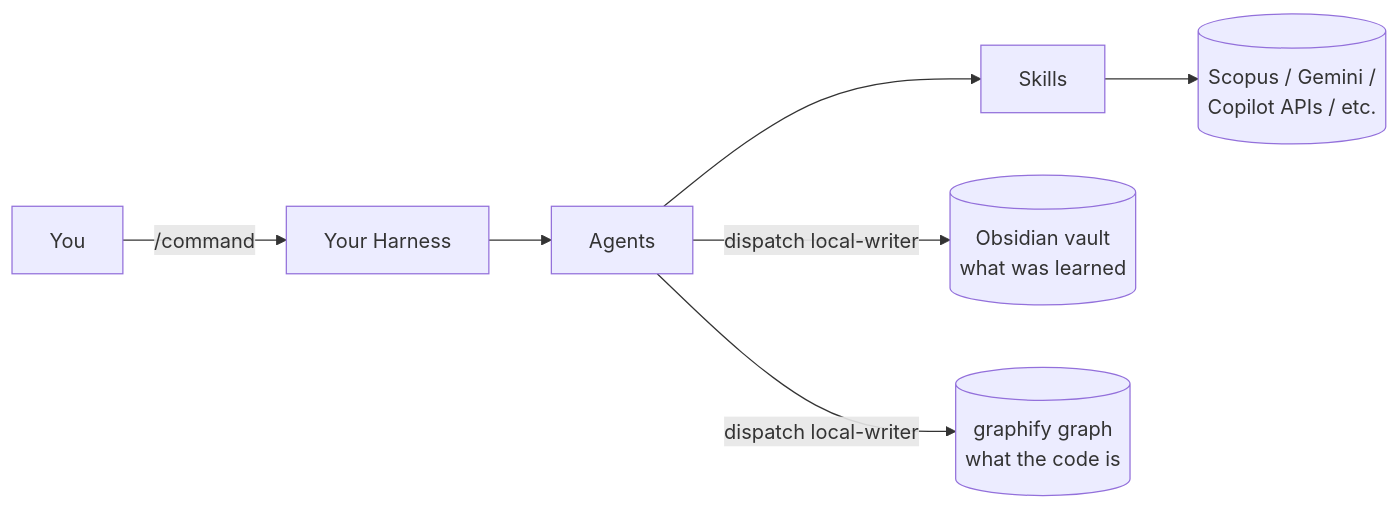
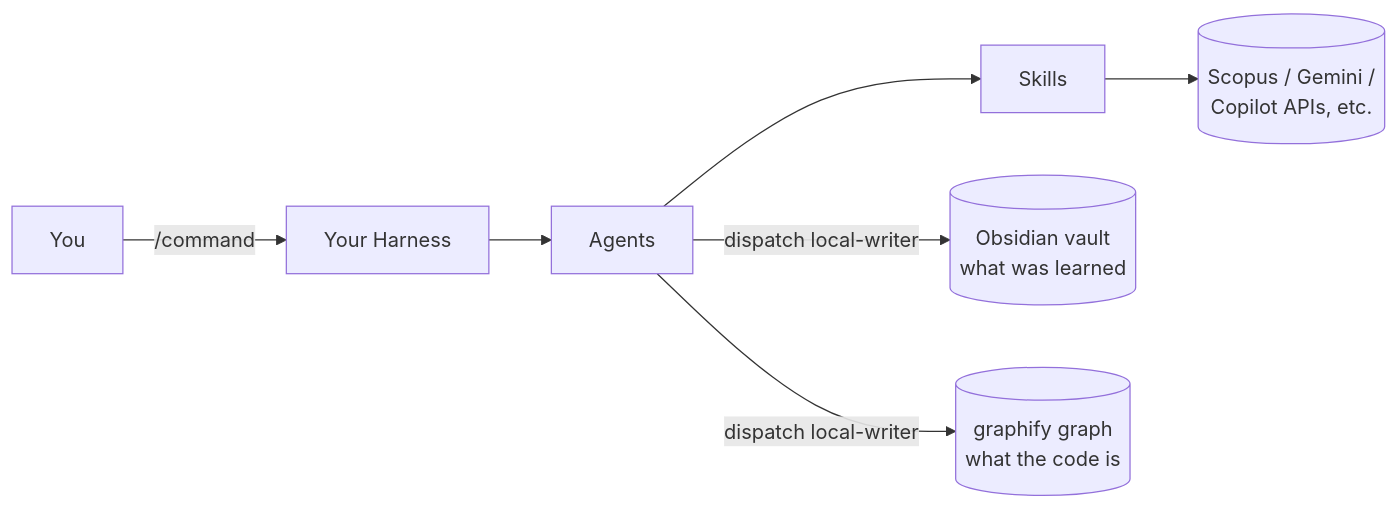
Before and after one commit to LARi-UQAC/ResearchTools: the diagram in README.md, drawn with Mermaid. The commit also changed other lines of this file and 1 other file, not shown here.

````diff
--- a/README.md
+++ b/README.md
@@ -68,9 +99,9 @@
 ```mermaid
 graph LR
   U["You"] -->|"/command"| CC["Your Harness"]
   CC --> AG["Agents"]
   AG --> SK["Skills"]
-  SK --> EXT[("Scopus / Gemini /<br/>Copilot APIs" / etc.)]
+  SK --> EXT[("Scopus / Gemini /<br/>Copilot APIs, etc.")]
   AG -->|"dispatch local-writer"| VAULT[("Obsidian vault<br/>what was learned")]
   AG -->|"dispatch local-writer"| GRAPH[("graphify graph<br/>what the code is")]
 ```
````
